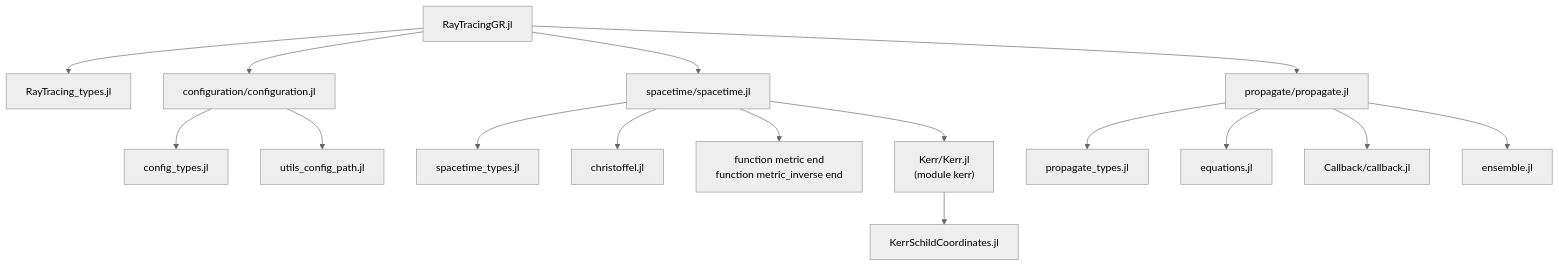
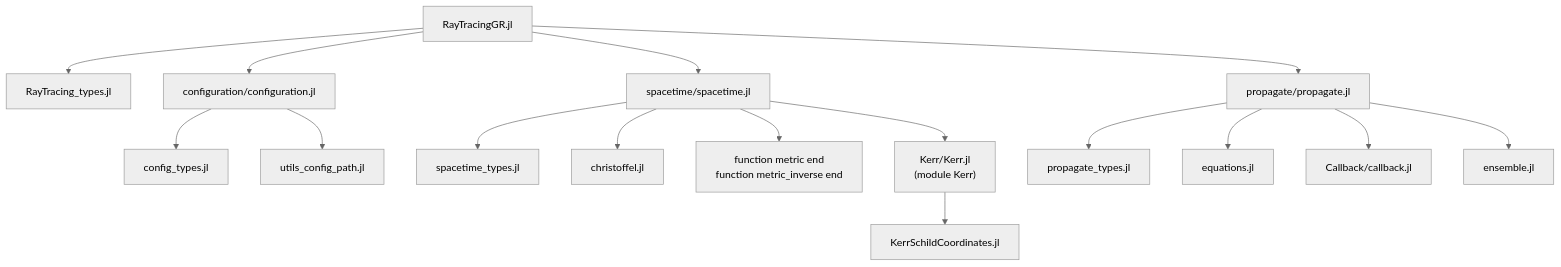
Before and after one commit to mabrudsky/RayTracingGR.jl: the first of 2 diagrams in README.md, drawn with Mermaid (neutral theme). The commit also changed other lines of this file and 7 other files, not shown here.

````diff
--- a/README.md
+++ b/README.md
@@ -156,18 +156,18 @@
 ```mermaid
 flowchart TD
     A[RayTracingGR.jl] --> B[RayTracing_types.jl]
     A --> C[configuration/configuration.jl]
     C --> C1[config_types.jl]
     C --> C2[utils_config_path.jl]
     A --> D[spacetime/spacetime.jl]
     D --> D1[spacetime_types.jl]
     D --> D2[christoffel.jl]
     D --> D3["function metric end<br/>function metric_inverse end"]
-    D --> K["Kerr/Kerr.jl<br/>(module kerr)"]
+    D --> K["Kerr/Kerr.jl<br/>(module Kerr)"]
     K --> K1[KerrSchildCoordinates.jl]
     A --> E[propagate/propagate.jl]
     E --> E1[propagate_types.jl]
     E --> E2[equations.jl]
     E --> E3[Callback/callback.jl]
     E --> E4[ensemble.jl]
 ```
````
